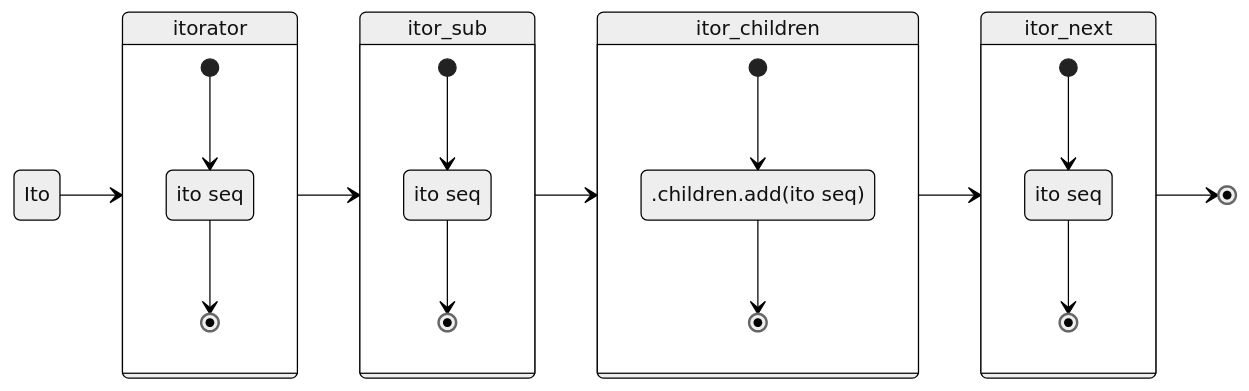
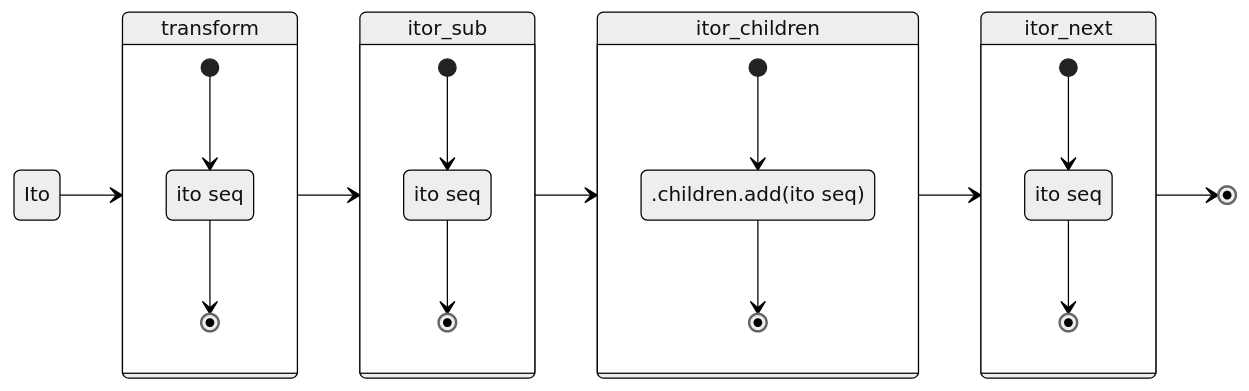
The fifth of 11 diagrams in docs/4. Arborform.md (rlayers/pawpaw), drawn with Mermaid (neutral theme) before and after one commit. The commit also changed other lines of this file and 2 other files, not shown here.

Commit message:
._iter →  .transform

````diff
--- a/docs/4. Arborform.md
+++ b/docs/4. Arborform.md
@@ -190,37 +193,37 @@
 ```mermaid
 stateDiagram-v2
   direction LR
   
-  Ito --> itorator
-  state itorator {
+  Ito --> transform
+  state transform {
     direction TB
     [*] --> itosP
     itosP : ito seq
     itosP --> [*]
   }
-  itorator --> itor_sub
+  transform --> itor_sub
   state itor_sub {
     direction TB
     [*] --> itosS
     itosS: ito seq
     itosS --> [*]
   }
   itor_sub --> itor_children
 
   state itor_children {
     direction TB
     [*] --> as_children
     as_children: .children.add(ito seq)
     as_children --> [*]
   }
   itor_children --> itor_next
 
   state itor_next {
     direction TB
     [*] --> itosN
     itosN: ito seq
     itosN --> [*]
   }
 
   itor_next --> [*]
 ```
````
